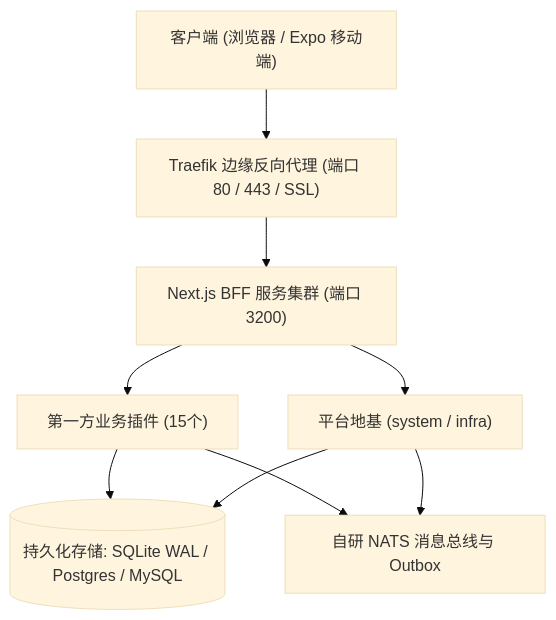
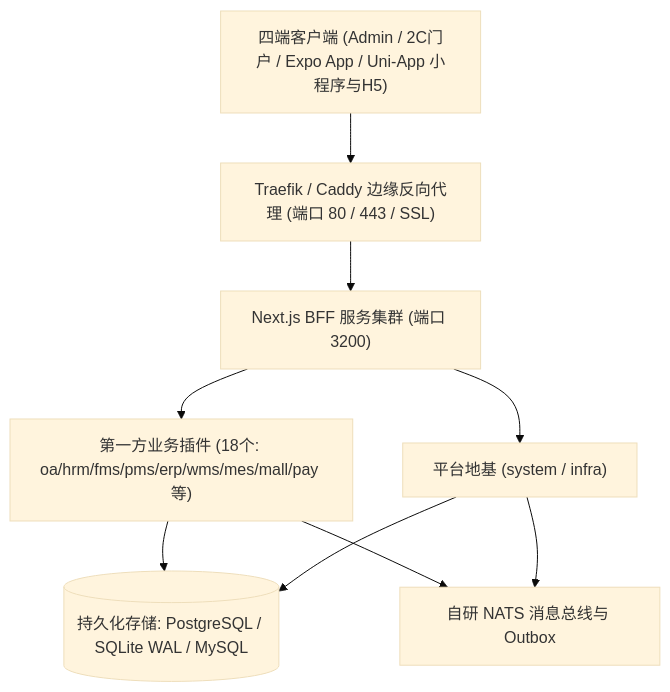
Before and after one commit to xaicd/cooliebase-all: the diagram in docs/07_release/system-deployment-sop.md, drawn with Mermaid (base theme). The commit also changed other lines of this file and 113 other files, not shown here.

````diff
--- a/docs/07_release/system-deployment-sop.md
+++ b/docs/07_release/system-deployment-sop.md
@@ -11,9 +11,9 @@
 ```mermaid
 flowchart TD
-    Client["客户端 (浏览器 / Expo 移动端)"] --> Gateway["Traefik 边缘反向代理 (端口 80 / 443 / SSL)"]
+    Client["四端客户端 (Admin / 2C门户 / Expo App / Uni-App 小程序与H5)"] --> Gateway["Traefik / Caddy 边缘反向代理 (端口 80 / 443 / SSL)"]
     Gateway --> BFF["Next.js BFF 服务集群 (端口 3200)"]
-    BFF --> Plugins["第一方业务插件 (15个)"]
+    BFF --> Plugins["第一方业务插件 (18个: oa/hrm/fms/pms/erp/wms/mes/mall/pay 等)"]
     BFF --> Platform["平台地基 (system / infra)"]
-    Plugins & Platform --> DB[(持久化存储: SQLite WAL / Postgres / MySQL)]
+    Plugins & Platform --> DB[(持久化存储: PostgreSQL / SQLite WAL / MySQL)]
     Plugins & Platform --> NATS["自研 NATS 消息总线与 Outbox"]
 ```
````
